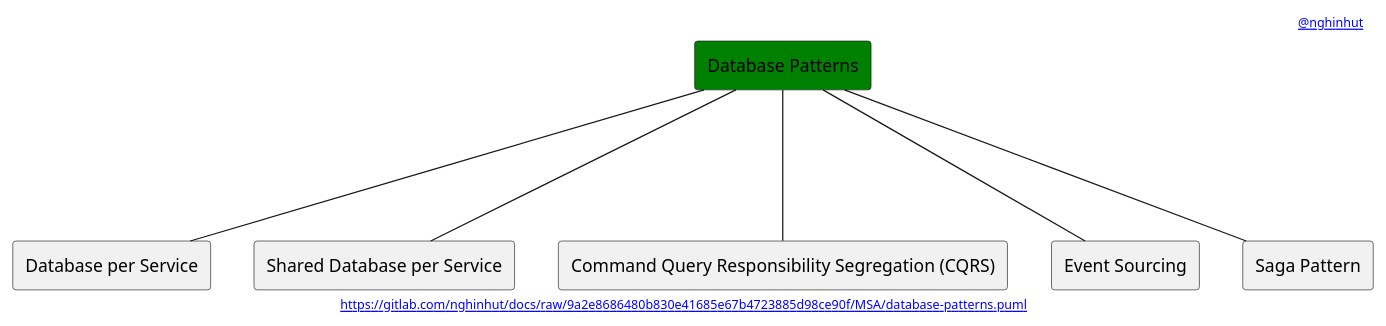
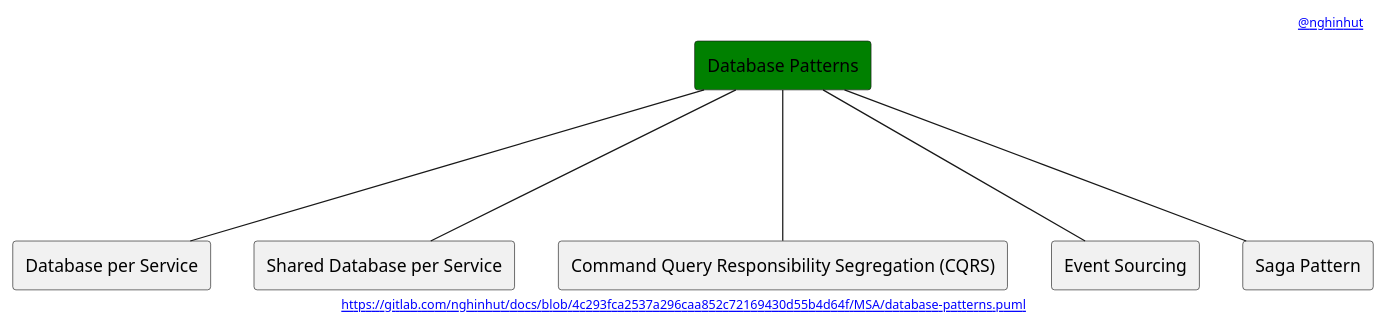
The diagram in MSA/database-patterns.puml (nghinhut/docs), drawn with PlantUML before and after one commit. The commit also changed 18 other files, not shown here.

Commit message:
Update diagrams

```diff
--- a/MSA/database-patterns.puml
+++ b/MSA/database-patterns.puml
@@ -1,20 +1,20 @@
 @startuml
 '-----START auto generated metadata please keep comment here to allow auto update-----
 '-----DON'T EDIT THIS SECTION, INSTEAD RE-RUN prebuild.sh TO UPDATE-----
 header [[mailto:nghinhut@gmail.com @nghinhut]]
-footer [[https://gitlab.com/nghinhut/docs/raw/9a2e8686480b830e41685e67b4723885d98ce90f/MSA/database-patterns.puml]]
+footer [[https://gitlab.com/nghinhut/docs/blob/4c293fca2537a296caa852c72169430d55b4d64f/MSA/database-patterns.puml]]
 '-----END auto generated metadata please keep comment here to allow auto update-----
 
 rectangle "Database Patterns" as Database #green
 
 rectangle "Database per Service" as DatabaseP1
 rectangle "Shared Database per Service" as DatabaseP2
 rectangle "Command Query Responsibility Segregation (CQRS)" as DatabaseP3
 rectangle "Event Sourcing" as DatabaseP4
 rectangle "Saga Pattern" as DatabaseP5
 Database --- DatabaseP1
 Database --- DatabaseP2
 Database --- DatabaseP3
 Database --- DatabaseP4
 Database --- DatabaseP5
 @enduml
```
